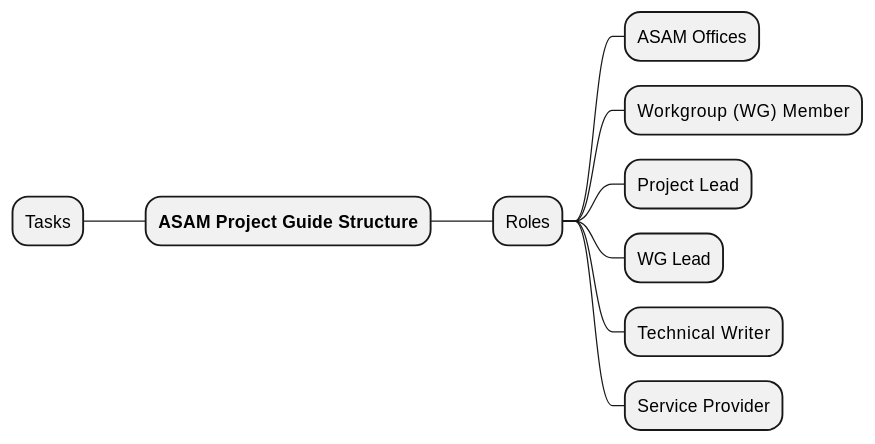
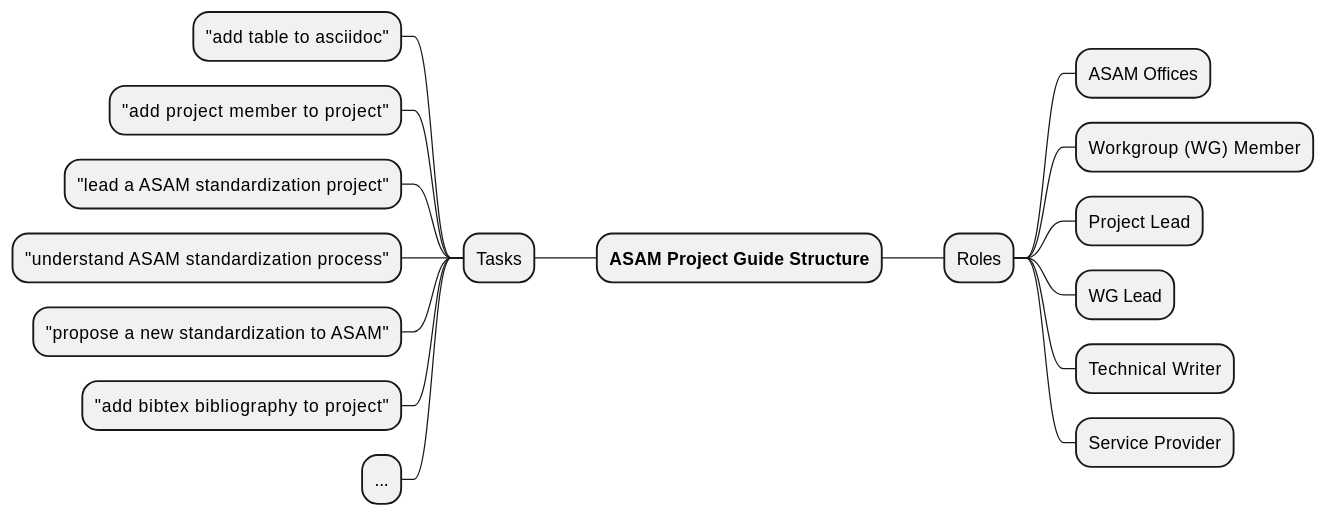
Before and after one commit to asam-ev/asam-project-guide: the second of 3 diagrams in doc/modules/ROOT/pages/antora/Content-Structure.adoc, drawn with PlantUML. The commit also changed other lines of this file and 8 other files, not shown here.

```diff
--- a/doc/modules/ROOT/pages/antora/Content-Structure.adoc
+++ b/doc/modules/ROOT/pages/antora/Content-Structure.adoc
@@ -63,16 +173,23 @@
 [plantuml,mindmap2,svg]
 ----
 @startmindmap
 + **ASAM Project Guide Structure**
 
 ++ Roles
 +++ ASAM Offices
 +++ Workgroup (WG) Member
 +++ Project Lead
 +++ WG Lead
 +++ Technical Writer
 +++ Service Provider
 
 -- Tasks
+--- "add table to asciidoc"
+--- "add project member to project"
+--- "lead a ASAM standardization project"
+--- "understand ASAM standardization process"
+--- "propose a new standardization to ASAM"
+--- "add bibtex bibliography to project"
+--- ...
 @endmindmap
 ----
```
